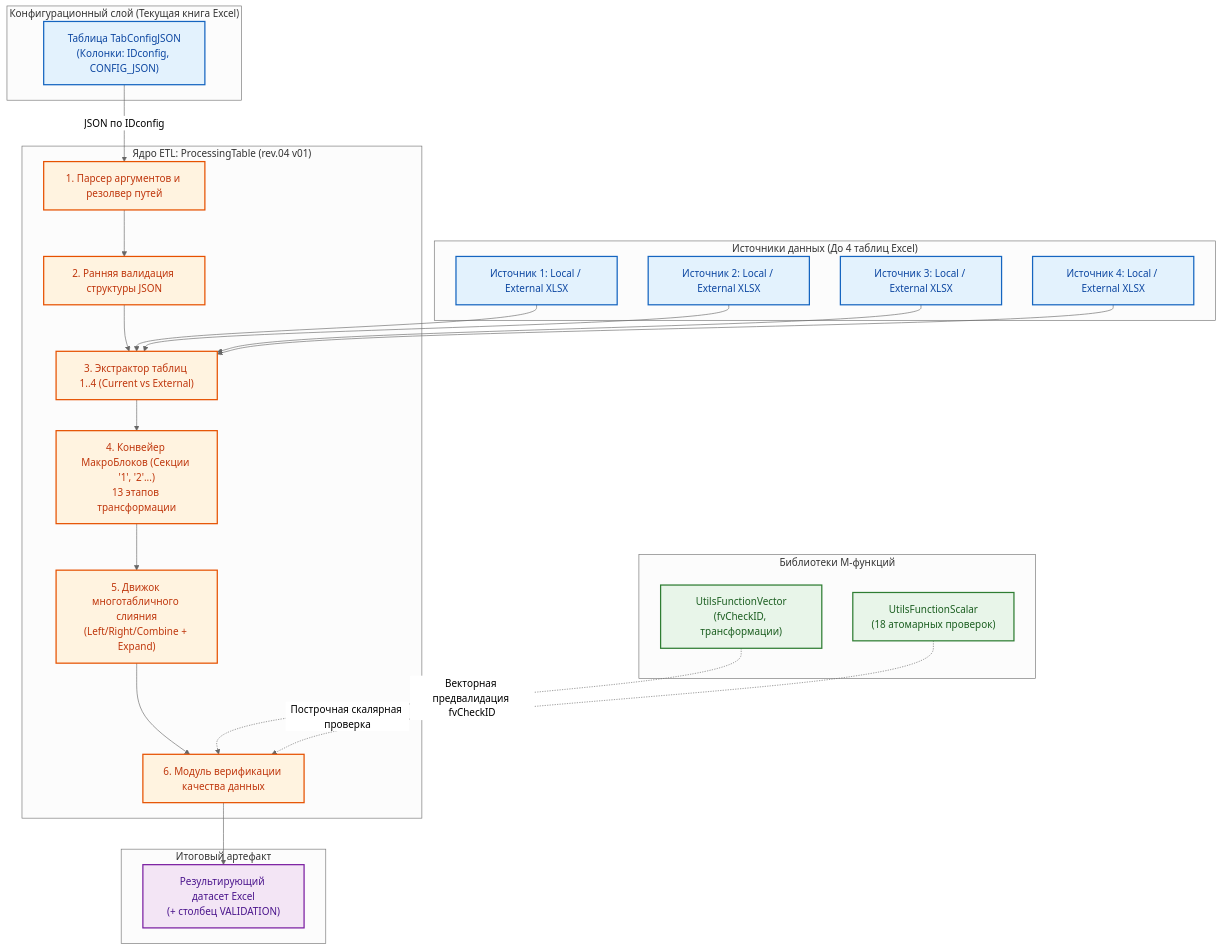
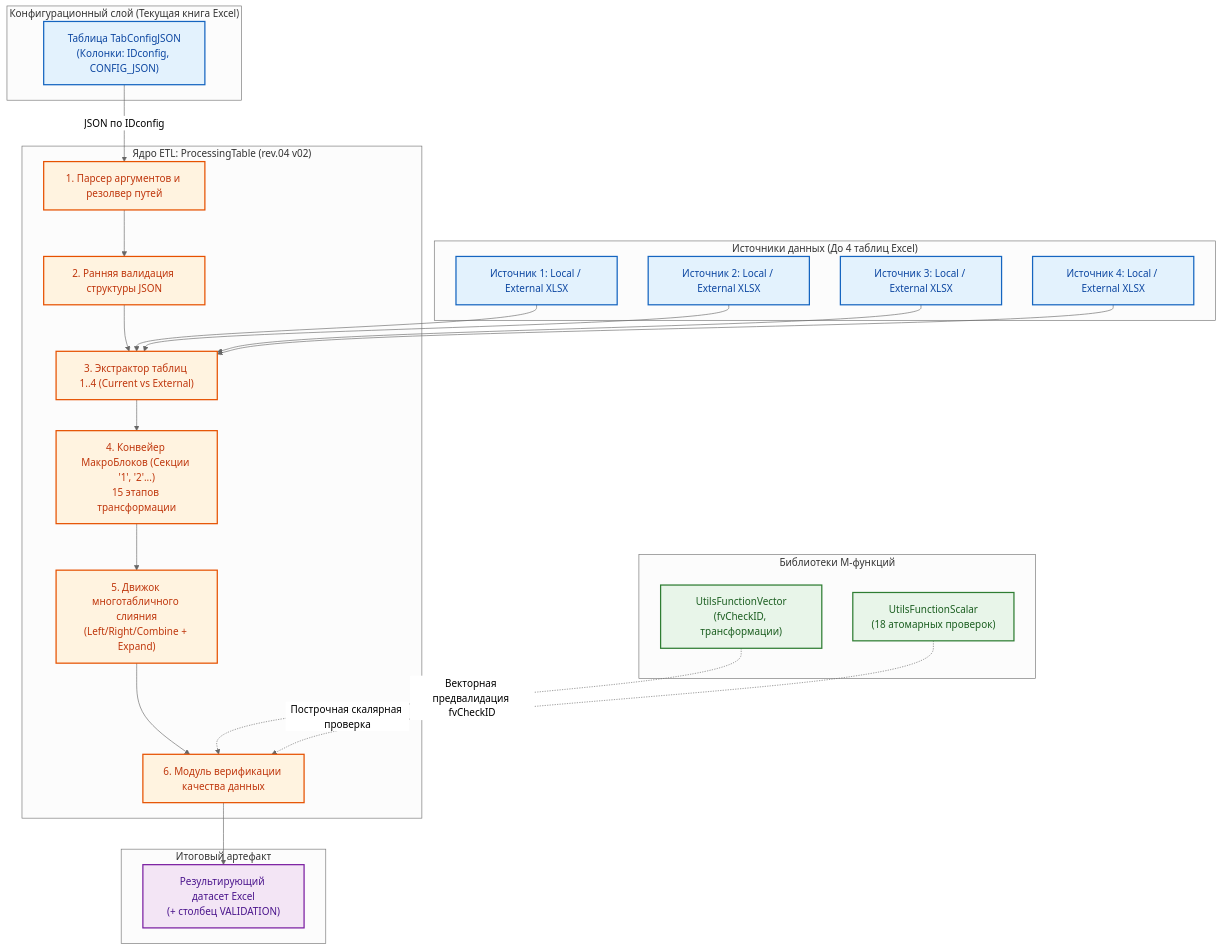
The first of 4 diagrams in 03__Проект/05__pq-script/01__general/03__ETL-processing/README-etl-processor.md (Konkery/Project-1_2026-N2-MAS), drawn with Mermaid (neutral theme) before and after one commit. The commit also changed other lines of this file and 9 other files, not shown here.

````diff
--- a/03__Проект/05__pq-script/01__general/03__ETL-processing/README-etl-processor.md
+++ b/03__Проект/05__pq-script/01__general/03__ETL-processing/README-etl-processor.md
@@ -33,47 +33,47 @@
 ```mermaid
 flowchart TD
     classDef storage fill:#E3F2FD,stroke:#1565C0,stroke-width:2px,color:#0D47A1;
     classDef engine fill:#FFF3E0,stroke:#E65100,stroke-width:2px,color:#BF360C;
     classDef lib fill:#E8F5E9,stroke:#2E7D32,stroke-width:2px,color:#1B5E20;
     classDef output fill:#F3E5F5,stroke:#7B1FA2,stroke-width:2px,color:#4A148C;
 
     subgraph ConfigStorage ["Конфигурационный слой (Текущая книга Excel)"]
         TabConfig["Таблица TabConfigJSON<br/>(Колонки: IDconfig, CONFIG_JSON)"]:::storage
     end
 
-    subgraph ProcessorCore ["Ядро ETL: ProcessingTable (rev.04 v01)"]
+    subgraph ProcessorCore ["Ядро ETL: ProcessingTable (rev.04 v02)"]
         ArgResolver["1. Парсер аргументов и резолвер путей"]:::engine
         ConfigValidator["2. Ранняя валидация структуры JSON"]:::engine
         TableLoader["3. Экстрактор таблиц 1..4 (Current vs External)"]:::engine
-        MacroEngine["4. Конвейер МакроБлоков (Секции '1', '2'...)<br/>13 этапов трансформации"]:::engine
+        MacroEngine["4. Конвейер МакроБлоков (Секции '1', '2'...)<br/>15 этапов трансформации"]:::engine
         JoinEngine["5. Движок многотабличного слияния<br/>(Left/Right/Combine + Expand)"]:::engine
         ValidationEngine["6. Модуль верификации качества данных"]:::engine
     end
 
     subgraph DataSources ["Источники данных (До 4 таблиц Excel)"]
         Src1["Источник 1: Local / External XLSX"]:::storage
         Src2["Источник 2: Local / External XLSX"]:::storage
         Src3["Источник 3: Local / External XLSX"]:::storage
         Src4["Источник 4: Local / External XLSX"]:::storage
     end
 
     subgraph Libraries ["Библиотеки M-функций"]
         ScalarLib["UtilsFunctionScalar<br/>(18 атомарных проверок)"]:::lib
         VectorLib["UtilsFunctionVector<br/>(fvCheckID, трансформации)"]:::lib
     end
 
     subgraph TargetOutput ["Итоговый артефакт"]
         ResultTable["Результирующий датасет Excel<br/>(+ столбец VALIDATION)"]:::output
     end
 
     TabConfig -->|JSON по IDconfig| ArgResolver
     ArgResolver --> ConfigValidator
     ConfigValidator --> TableLoader
     Src1 & Src2 & Src3 & Src4 --> TableLoader
     TableLoader --> MacroEngine
     MacroEngine --> JoinEngine
     JoinEngine --> ValidationEngine
     VectorLib -.->|Векторная предвалидация fvCheckID| ValidationEngine
     ScalarLib -.->|Построчная скалярная проверка| ValidationEngine
     ValidationEngine --> ResultTable
 ```
````
